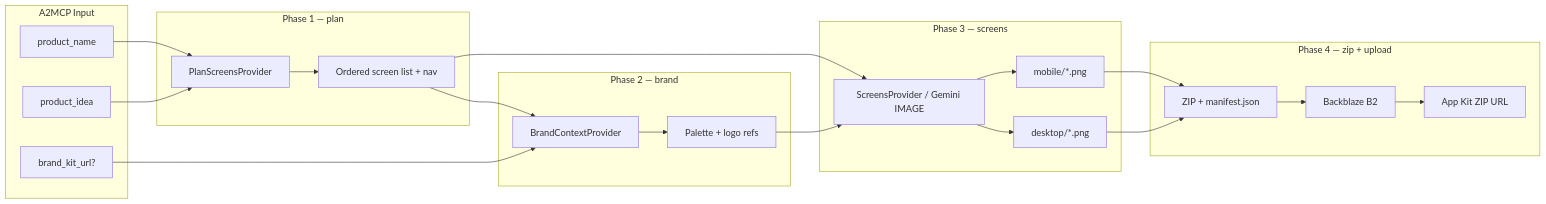
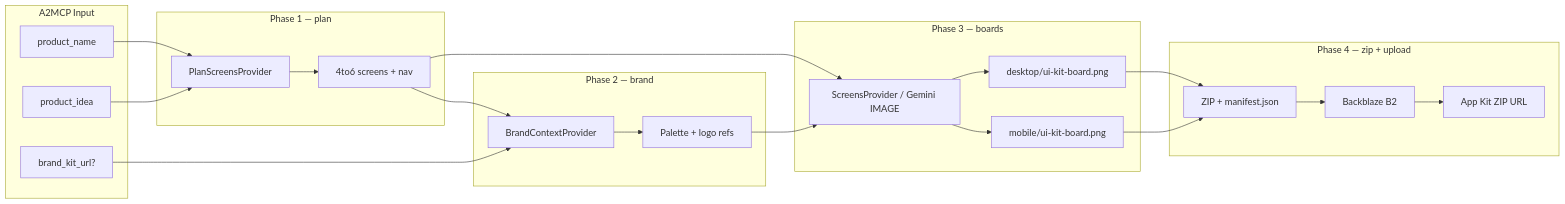
Before and after one commit to Marshal-AM/founderblaze: diagram 14 of 15 in README.md, drawn with Mermaid. The commit also changed other lines of this file, not shown here.

````diff
--- a/README.md
+++ b/README.md
@@ -4093,40 +4111,40 @@
 ```mermaid
 flowchart LR
     subgraph Input["A2MCP Input"]
         NAME["product_name"]
         IDEA["product_idea"]
         BKURL["brand_kit_url?"]
     end
 
     subgraph Phase1["Phase 1 — plan"]
         Plan["PlanScreensProvider"]
-        Screens["Ordered screen list + nav"]
+        Screens["4to6 screens + nav"]
     end
 
     subgraph Phase2["Phase 2 — brand"]
         Brand["BrandContextProvider"]
         Refs["Palette + logo refs"]
     end
 
-    subgraph Phase3["Phase 3 — screens"]
+    subgraph Phase3["Phase 3 — boards"]
         Img["ScreensProvider / Gemini IMAGE"]
-        Desk["desktop/*.png"]
-        Mob["mobile/*.png"]
+        Mob["mobile/ui-kit-board.png"]
+        Desk["desktop/ui-kit-board.png"]
     end
 
     subgraph Phase4["Phase 4 — zip + upload"]
         Zip["ZIP + manifest.json"]
         B2Up["Backblaze B2"]
         ZIPURL["App Kit ZIP URL"]
     end
 
     NAME --> Plan
     IDEA --> Plan
     Plan --> Screens --> Brand
     BKURL --> Brand
     Brand --> Refs --> Img
     Screens --> Img
+    Img --> Mob --> Zip
     Img --> Desk --> Zip
-    Img --> Mob --> Zip
     Zip --> B2Up --> ZIPURL
 ```
````
